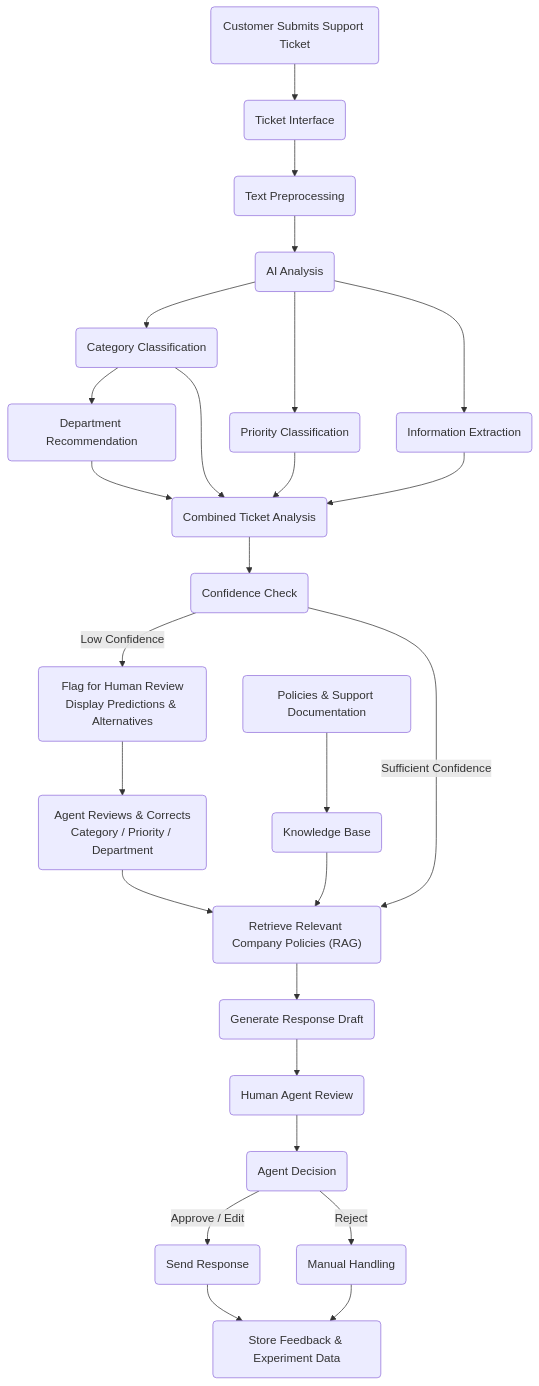
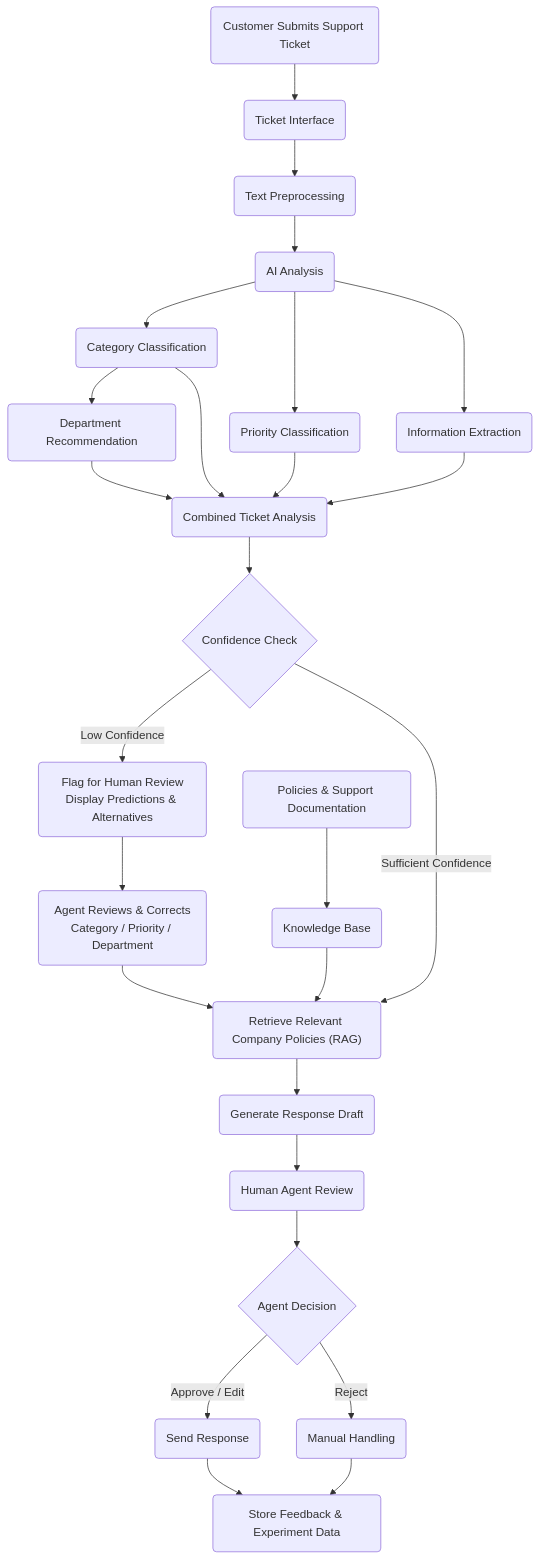
The diagram in docs/workflows/ticket-processing-workflow.md (depi-r5-ism5-ais2-s1-support-copilot/support-ticket-copilot), drawn with Mermaid before and after one commit.

Commit message:
docs(workflows): update ticket processing workflow

````diff
--- a/docs/workflows/ticket-processing-workflow.md
+++ b/docs/workflows/ticket-processing-workflow.md
@@ -5,39 +5,39 @@
 ```mermaid
 flowchart TD
     A("Customer Submits Support Ticket") --> B("Ticket Interface")
     B --> C("Text Preprocessing")
     C --> D("AI Analysis")
 
     D --> E("Category Classification")
     D --> F("Priority Classification")
     D --> G("Information Extraction")
 
     E --> H("Department Recommendation")
 
     E --> I("Combined Ticket Analysis")
     F --> I
     G --> I
     H --> I
 
-    I --> J("Confidence Check")
+    I --> J{"Confidence Check"}
 
     J -->|Low Confidence| K("Flag for Human Review<br/>Display Predictions & Alternatives")
     K --> L("Agent Reviews & Corrects<br/>Category / Priority / Department")
 
     J -->|Sufficient Confidence| M("Retrieve Relevant Company Policies (RAG)")
     L --> M
 
     N("Policies & Support Documentation") --> O("Knowledge Base")
     O --> M
 
     M --> P("Generate Response Draft")
     P --> Q("Human Agent Review")
 
-    Q --> R("Agent Decision")
+    Q --> R{"Agent Decision"}
 
     R -->|Approve / Edit| S("Send Response")
     R -->|Reject| T("Manual Handling")
 
     S --> U("Store Feedback & Experiment Data")
     T --> U
 ```
````
